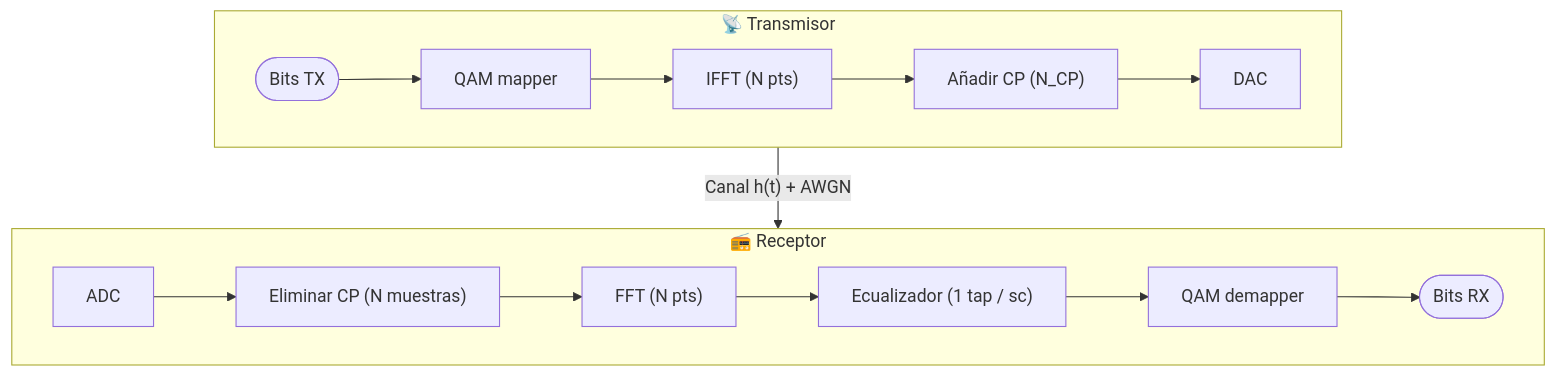
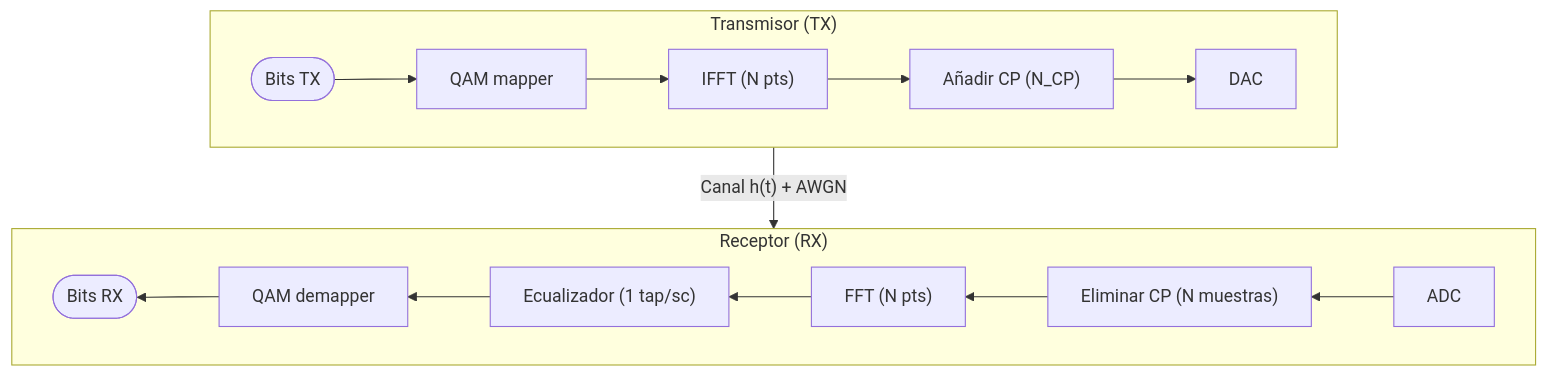
One commit to ollerenac/wireless-communication-systems changed the diagram in docs/sessions/03-ofdm-systems/index.md. Above: the diagram before and after it, drawn with Mermaid.

Commit message:
session03: make OFDM chain diagram U-shaped (TX left→right, RX right→left)
Use direction RL in the RX subgraph so ADC sits at the right end (aligned
with DAC) and Bits RX at the left — the canal arrow now drops vertically
on the right flank, matching the classic transceiver block diagram layout.

````diff
--- a/docs/sessions/03-ofdm-systems/index.md
+++ b/docs/sessions/03-ofdm-systems/index.md
@@ -406,12 +406,12 @@
 ```mermaid
 flowchart TD
-    subgraph TX["📡  Transmisor"]
+    subgraph TX["Transmisor (TX)"]
         direction LR
         A([Bits TX]) --> B["QAM mapper"] --> C["IFFT (N pts)"] --> D["Añadir CP (N_CP)"] --> E[DAC]
     end
-    subgraph RX["📻  Receptor"]
-        direction LR
-        F[ADC] --> G["Eliminar CP (N muestras)"] --> H["FFT (N pts)"] --> I["Ecualizador (1 tap / sc)"] --> J["QAM demapper"] --> K([Bits RX])
+    subgraph RX["Receptor (RX)"]
+        direction RL
+        F[ADC] --> G["Eliminar CP (N muestras)"] --> H["FFT (N pts)"] --> I["Ecualizador (1 tap/sc)"] --> J["QAM demapper"] --> K([Bits RX])
     end
-    E -->|"Canal  h(t)  +  AWGN"| F
+    E -->|"Canal h(t) + AWGN"| F
 ```
````
